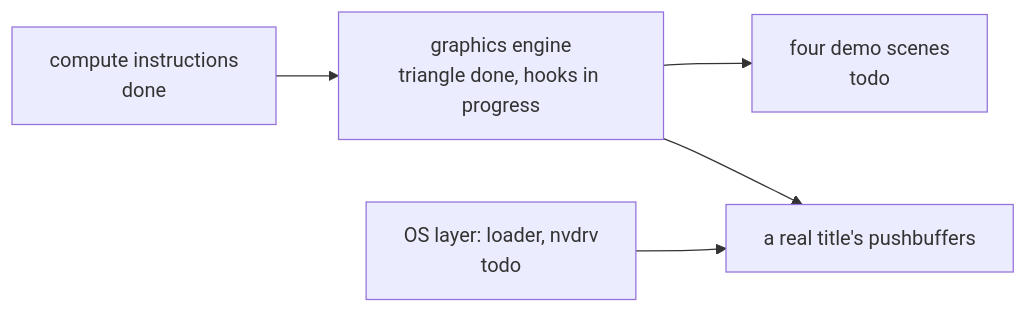
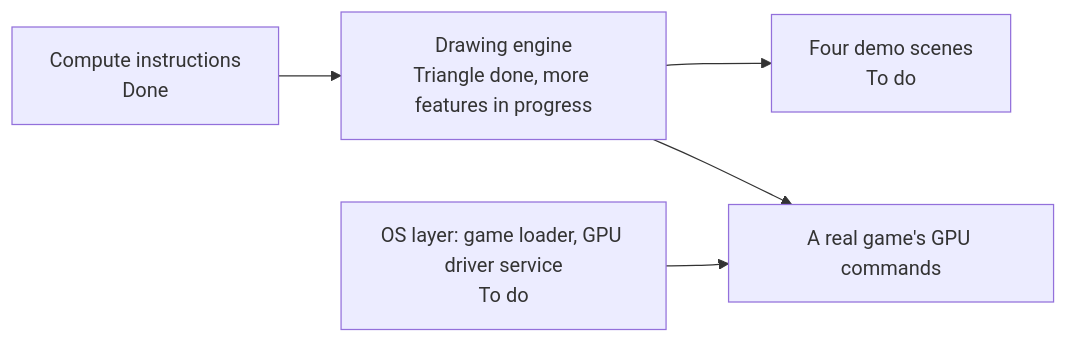
Before and after one commit to 0xNikilite/oboromi: the diagram in docs/architecture/roadmap.md, drawn with Mermaid. The commit also changed other lines of this file and 22 other files, not shown here.

````diff
--- a/docs/architecture/roadmap.md
+++ b/docs/architecture/roadmap.md
@@ -5,7 +7,7 @@
 ```mermaid
 flowchart LR
-    A["compute instructions<br/>done"] --> B["graphics engine<br/>triangle done, hooks in progress"]
-    B --> C["four demo scenes<br/>todo"]
-    D["OS layer: loader, nvdrv<br/>todo"] --> E["a real title's pushbuffers"]
+    A["Compute instructions<br/>Done"] --> B["Drawing engine<br/>Triangle done, more features in progress"]
+    B --> C["Four demo scenes<br/>To do"]
+    D["OS layer: game loader, GPU driver service<br/>To do"] --> E["A real game's GPU commands"]
     B --> E
 ```
````
